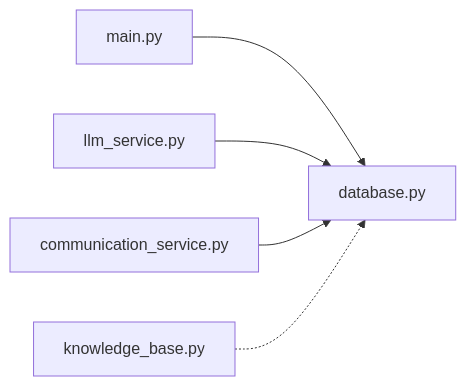
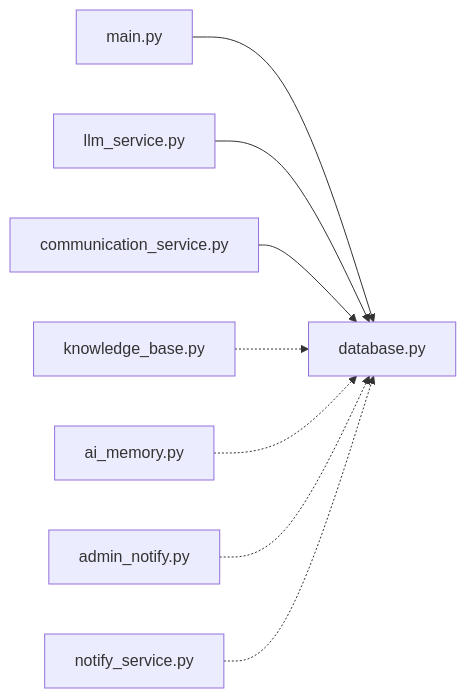
One commit to 2950730liao-hub/whatsapp-reply changed the fourth of 4 diagrams in .qoder/repowiki/zh/content/核心模块/数据库模型.md. Above: the diagram before and after it, drawn with Mermaid. The commit also changed other lines of this file and 15 other files, not shown here.

````diff
--- a/.qoder/repowiki/zh/content/核心模块/数据库模型.md
+++ b/.qoder/repowiki/zh/content/核心模块/数据库模型.md
@@ -346,7 +440,10 @@
 ```mermaid
 graph LR
 MAIN["main.py"] --> DB["database.py"]
 LLM["llm_service.py"] --> DB
 COMM["communication_service.py"] --> DB
 KB["knowledge_base.py"] -.-> DB
+AIMEM["ai_memory.py"] -.-> DB
+ADMINNOTIFY["admin_notify.py"] -.-> DB
+NOTIFYSVC["notify_service.py"] -.-> DB
 ```
````
